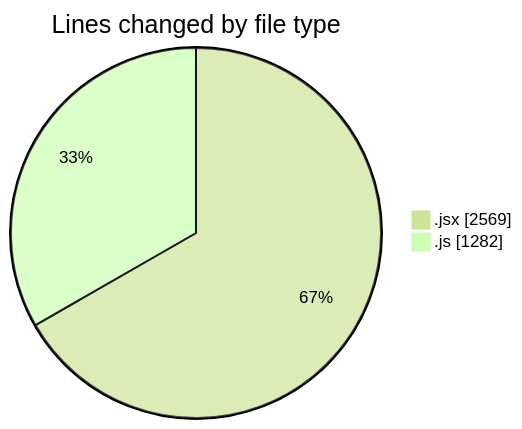
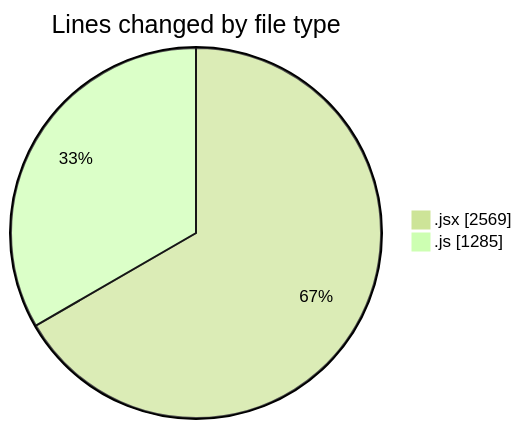
One commit to nxtqubesakshisongat/code-tracking changed the first of 2 diagrams in 2025-07-11/argos/README.md. Above: the diagram before and after it, drawn with Mermaid (forest theme). The commit also changed other lines of this file and 1 other file, not shown here.

````diff
--- a/2025-07-11/argos/README.md
+++ b/2025-07-11/argos/README.md
@@ -24,6 +24,6 @@
 ```mermaid
 pie showData
 title Lines changed by file type
 ".jsx" : 2569
-".js" : 1282
+".js" : 1285
 ```
````
